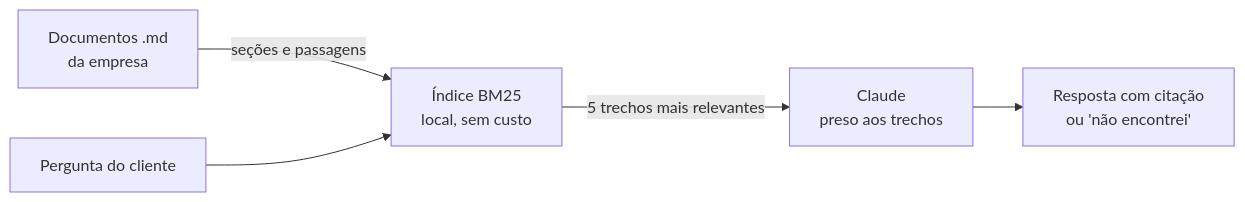
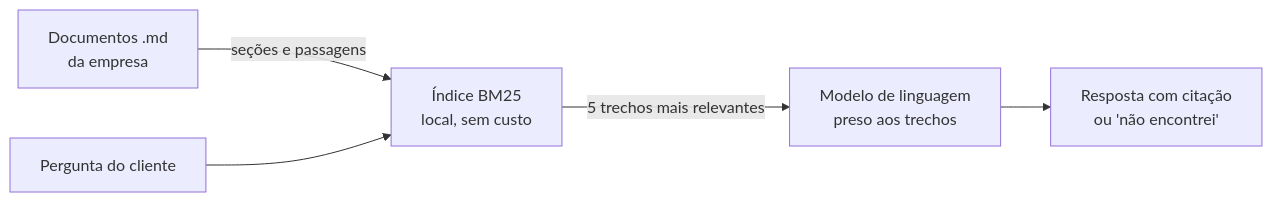
One commit to CamargoMateus/atendente-ia changed the diagram in README.md. Above: the diagram before and after it, drawn with Mermaid. The commit also changed other lines of this file and 4 other files, not shown here.

````diff
--- a/README.md
+++ b/README.md
@@ -15,7 +15,7 @@
 ```mermaid
 flowchart LR
     A[Documentos .md<br>da empresa] -->|seções e passagens| B[Índice BM25<br>local, sem custo]
     C[Pergunta do cliente] --> B
-    B -->|5 trechos mais relevantes| D[Claude<br>preso aos trechos]
+    B -->|5 trechos mais relevantes| D[Modelo de linguagem<br>preso aos trechos]
     D --> E[Resposta com citação<br>ou 'não encontrei']
 ```
````
